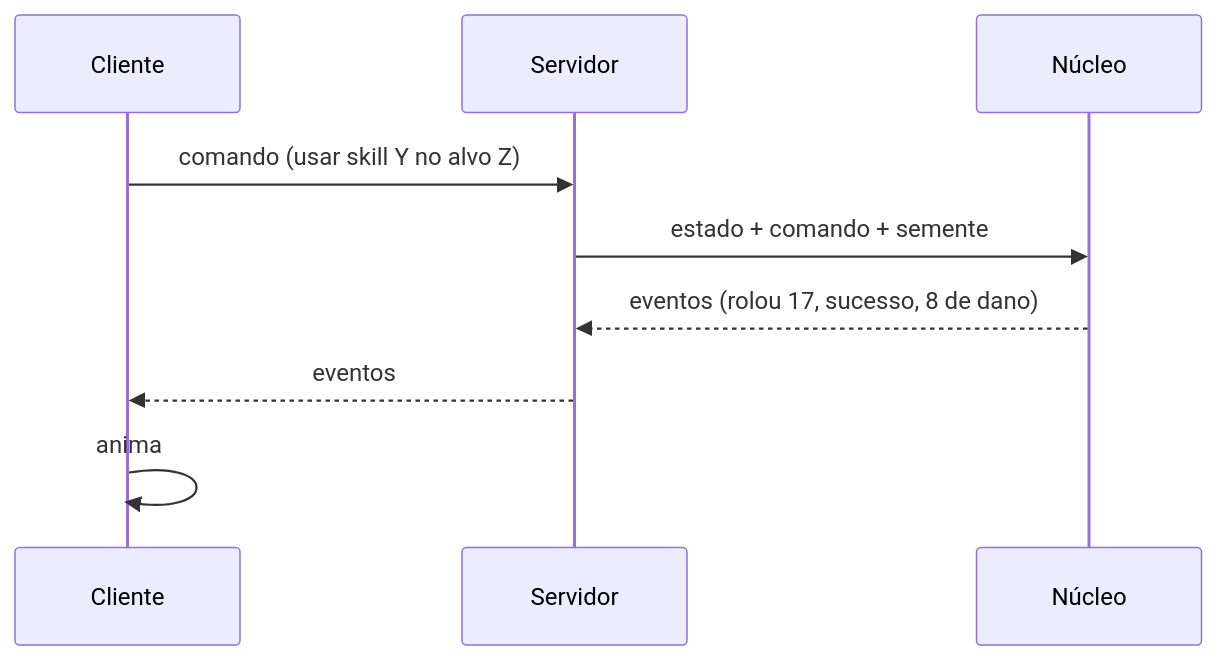
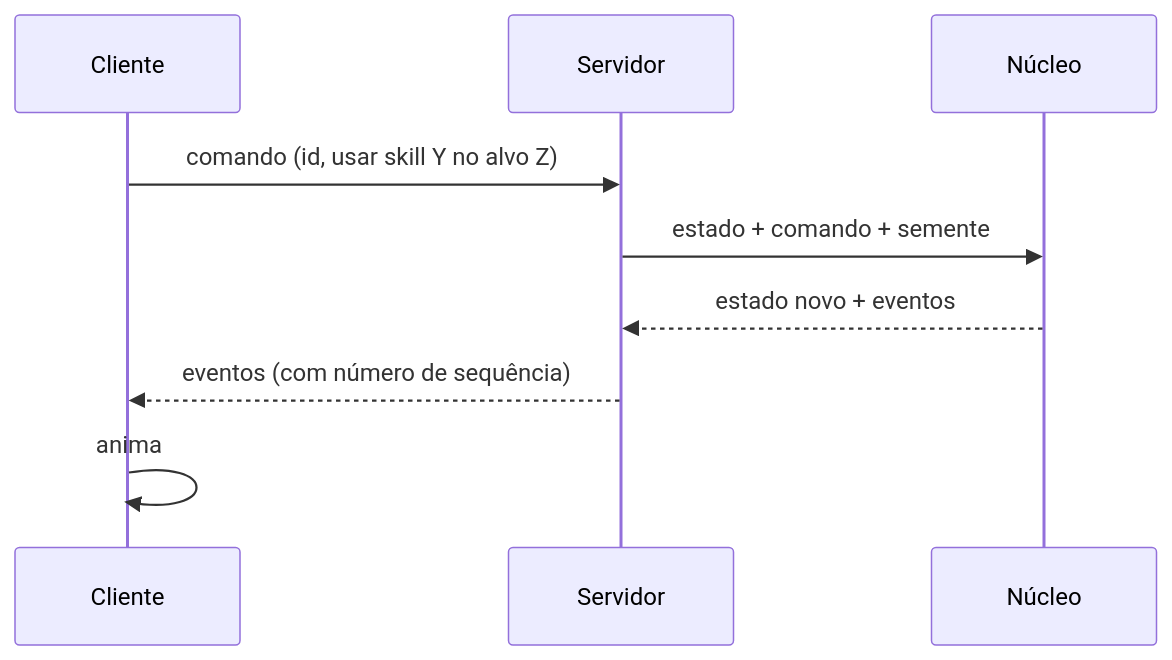
One commit to sidinei-silva/eras-do-brasil changed the first of 3 diagrams in docs/03-tecnico.md. Above: the diagram before and after it, drawn with Mermaid. The commit also changed other lines of this file and 17 other files, not shown here.

````diff
--- a/docs/03-tecnico.md
+++ b/docs/03-tecnico.md
@@ -19,11 +29,11 @@
 ```mermaid
 sequenceDiagram
   participant C as Cliente
   participant S as Servidor
   participant N as Núcleo
-  C->>S: comando (usar skill Y no alvo Z)
+  C->>S: comando (id, usar skill Y no alvo Z)
   S->>N: estado + comando + semente
-  N-->>S: eventos (rolou 17, sucesso, 8 de dano)
-  S-->>C: eventos
+  N-->>S: estado novo + eventos
+  S-->>C: eventos (com número de sequência)
   C->>C: anima
 ```
````
